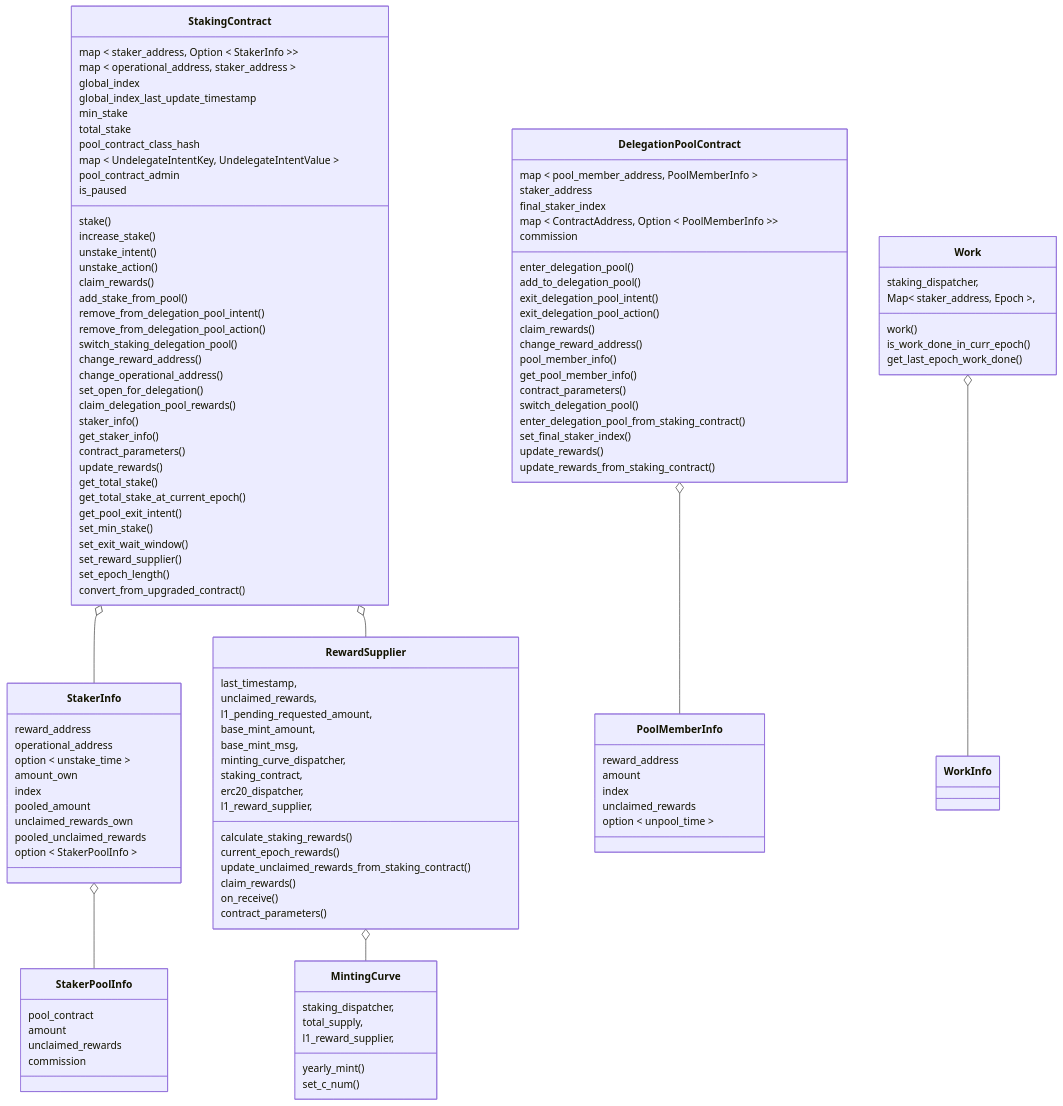
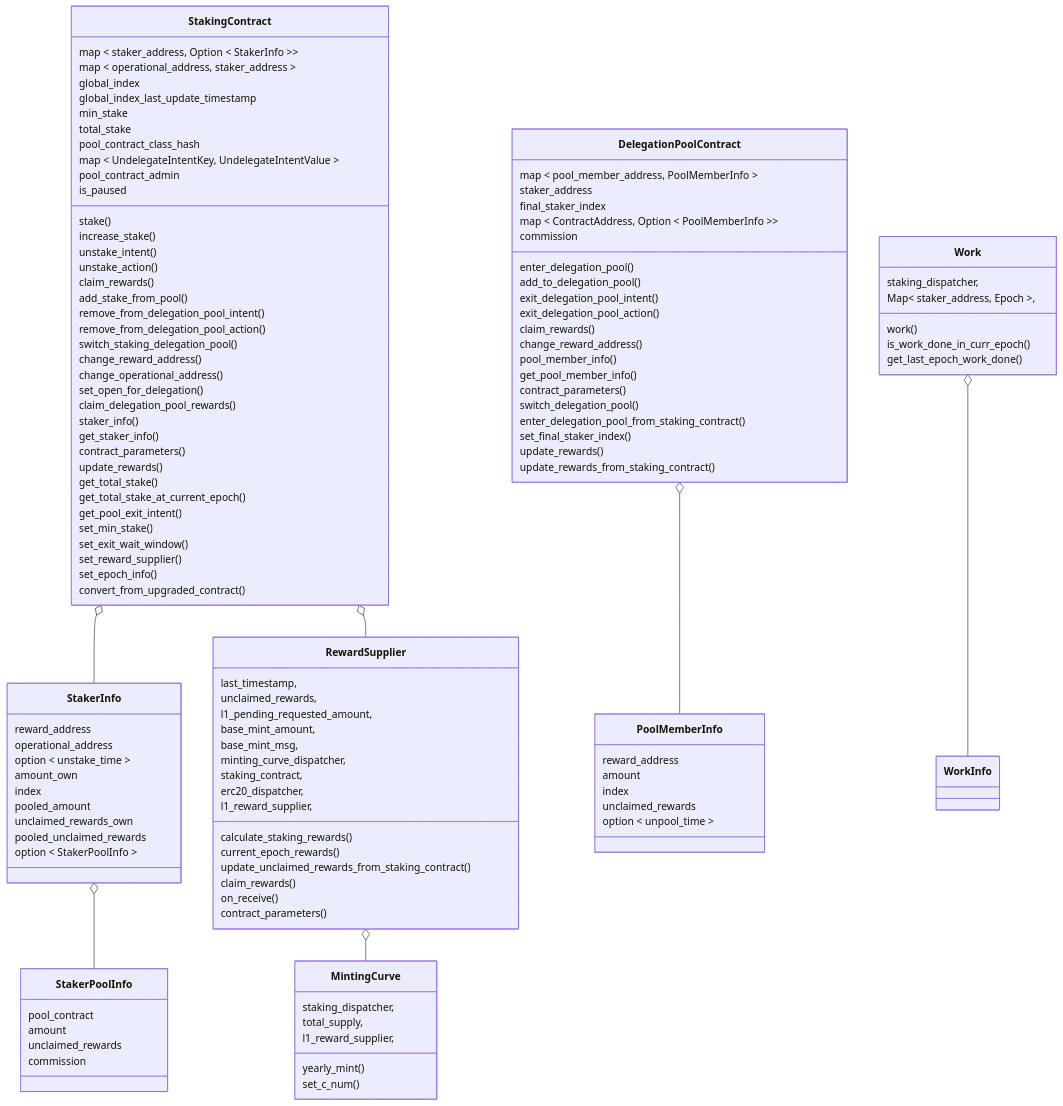
Before and after one commit to starkware-libs/starknet-staking: the first of 8 diagrams in workspace/apps/staking/docs/spec.md, drawn with Mermaid. The commit also changed other lines of this file and 4 other files, not shown here.

Commit message:
feat(staking): add block duration to set epoch info (#3287)

```diff
--- a/workspace/apps/staking/docs/spec.md
+++ b/workspace/apps/staking/docs/spec.md
@@ -222,7 +224,7 @@
     set_min_stake()
     set_exit_wait_window()
     set_reward_supplier()
-    set_epoch_length()
+    set_epoch_info()
     convert_from_upgraded_contract()
   }
   class DelegationPoolContract{
```
